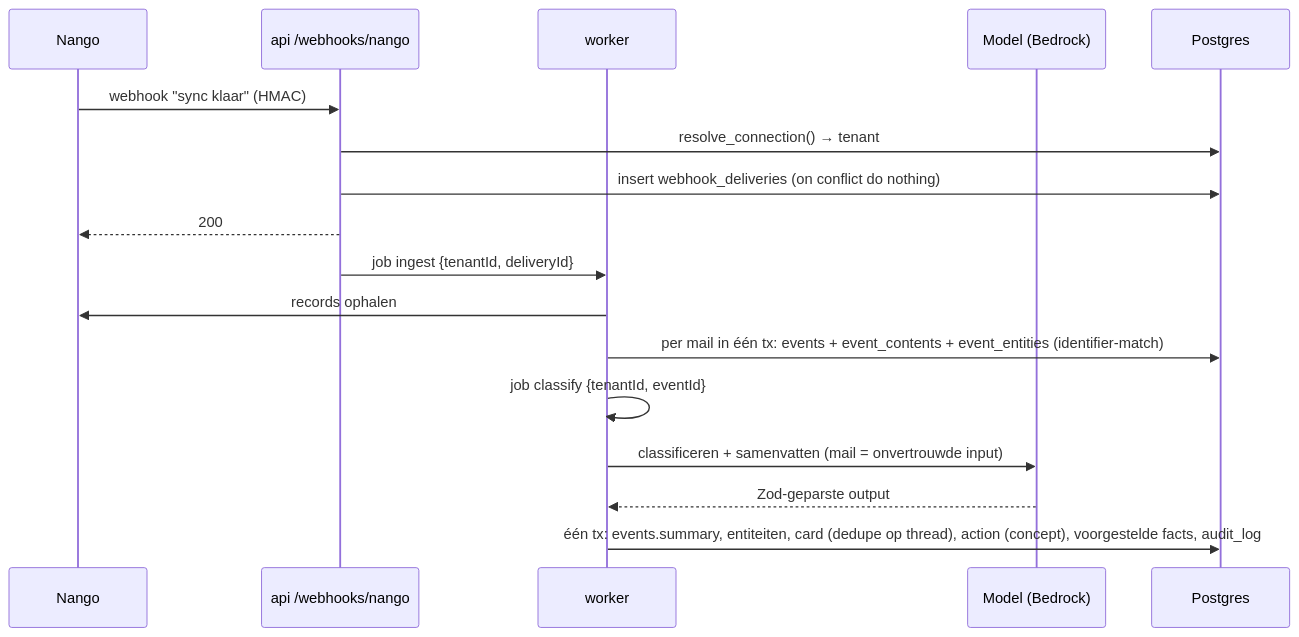
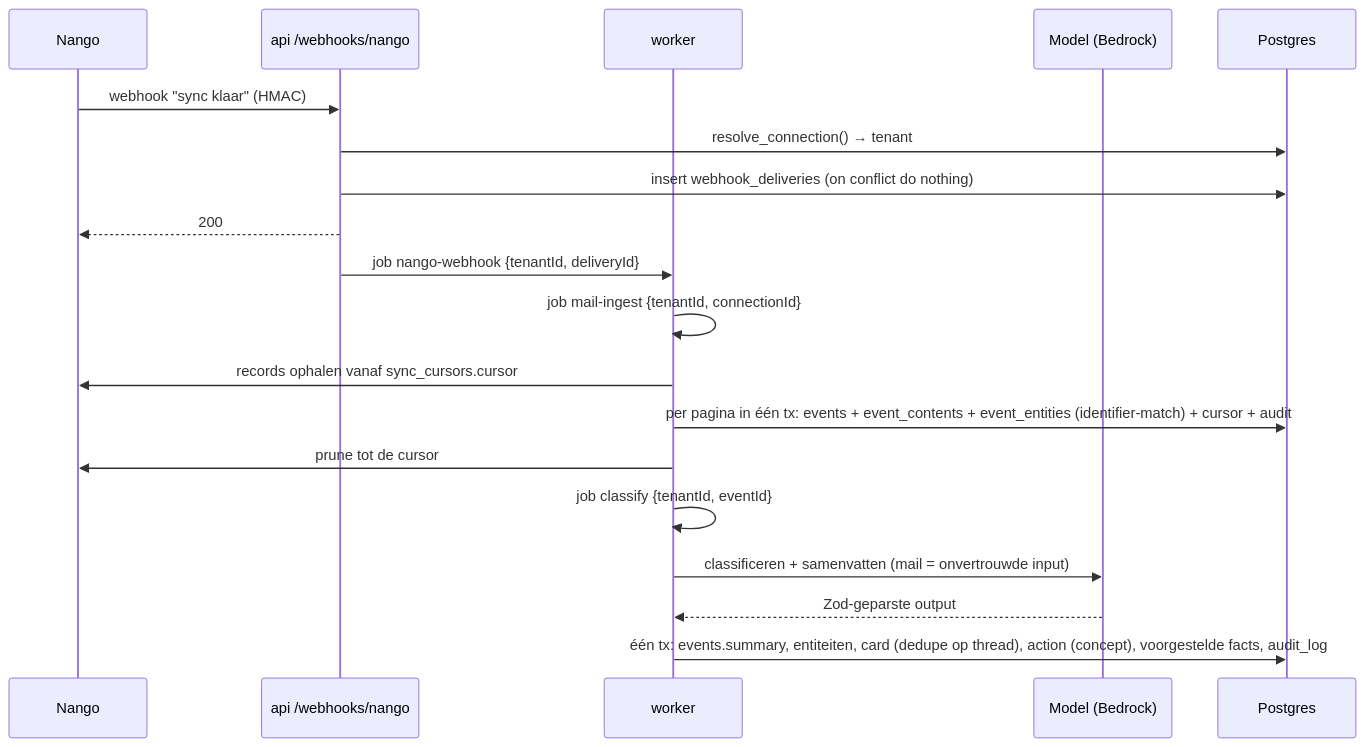
The second of 2 diagrams in docs/data-model.md (daniel2002340/effectief-ai), drawn with Mermaid before and after one commit. The commit also changed other lines of this file and 11 other files, not shown here.

First line of the commit message:
Test the Gmail sync helpers, capture webhook bodies, document ingest

````diff
--- a/docs/data-model.md
+++ b/docs/data-model.md
@@ -861,19 +883,21 @@
 ```mermaid
 sequenceDiagram
     participant N as Nango
     participant A as api /webhooks/nango
     participant W as worker
     participant M as Model (Bedrock)
     participant DB as Postgres
     N->>A: webhook "sync klaar" (HMAC)
     A->>DB: resolve_connection() → tenant
     A->>DB: insert webhook_deliveries (on conflict do nothing)
     A-->>N: 200
-    A->>W: job ingest {tenantId, deliveryId}
-    W->>N: records ophalen
-    W->>DB: per mail in één tx: events + event_contents + event_entities (identifier-match)
+    A->>W: job nango-webhook {tenantId, deliveryId}
+    W->>W: job mail-ingest {tenantId, connectionId}
+    W->>N: records ophalen vanaf sync_cursors.cursor
+    W->>DB: per pagina in één tx: events + event_contents + event_entities (identifier-match) + cursor + audit
+    W->>N: prune tot de cursor
     W->>W: job classify {tenantId, eventId}
     W->>M: classificeren + samenvatten (mail = onvertrouwde input)
     M-->>W: Zod-geparste output
     W->>DB: één tx: events.summary, entiteiten, card (dedupe op thread), action (concept), voorgestelde facts, audit_log
 ```
````
